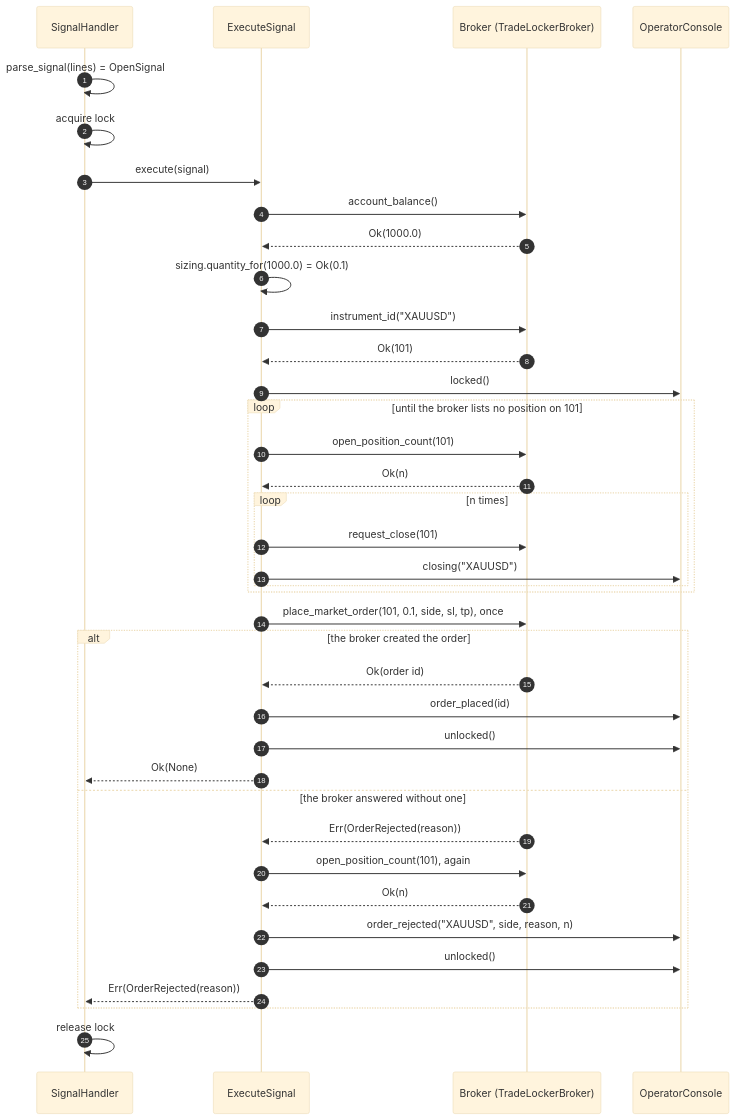
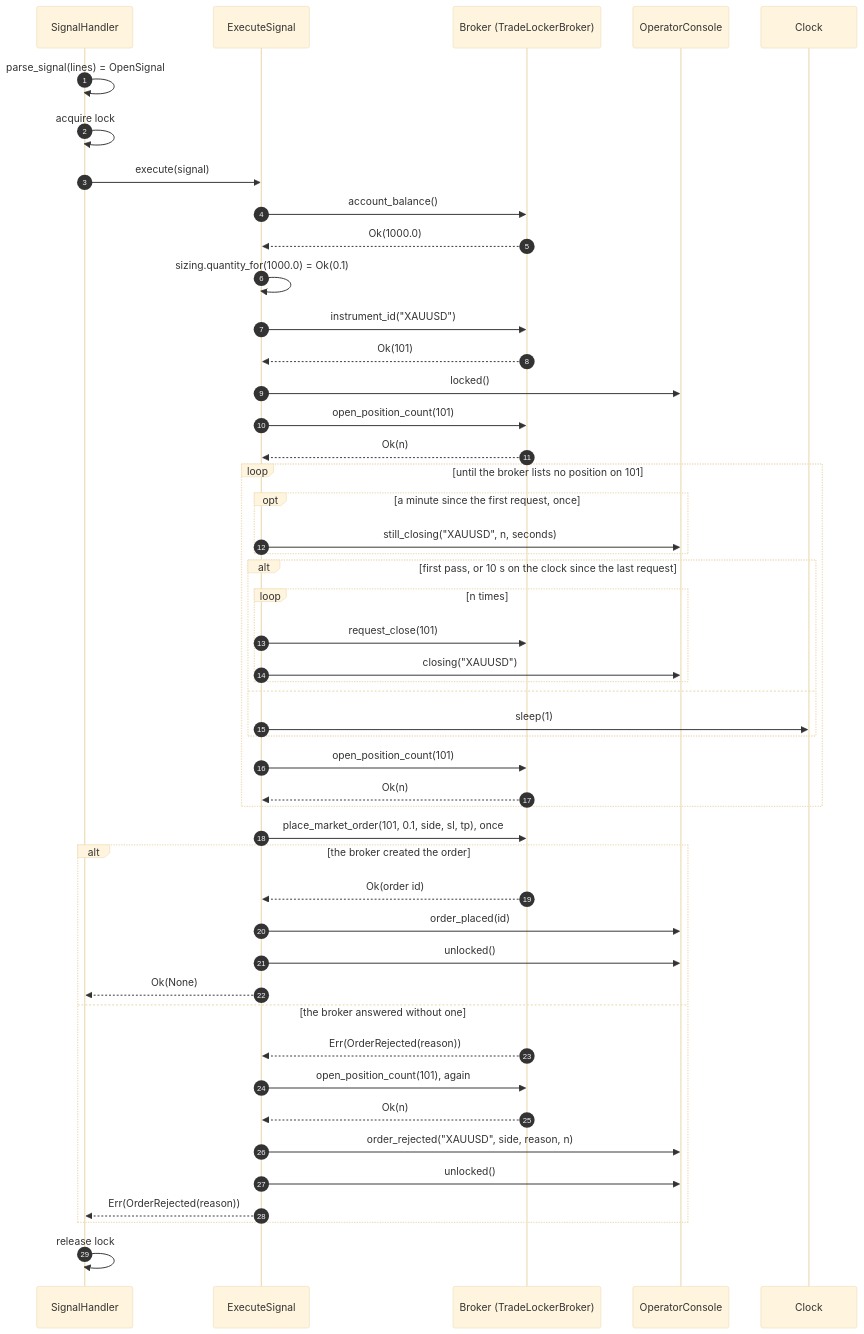
One commit to Akinzou/TradeLockerBot changed the fourth of 6 diagrams in docs/architecture.md. Above: the diagram before and after it, drawn with Mermaid (base theme). The commit also changed other lines of this file and 17 other files, not shown here.

````diff
--- a/docs/architecture.md
+++ b/docs/architecture.md
@@ -163,40 +166,50 @@
 ```mermaid
 sequenceDiagram
     autonumber
     participant H as SignalHandler
     participant UC as ExecuteSignal
     participant B as Broker (TradeLockerBroker)
     participant C as OperatorConsole
+    participant K as Clock
     H->>H: parse_signal(lines) = OpenSignal
     H->>H: acquire lock
     H->>UC: execute(signal)
     UC->>B: account_balance()
     B-->>UC: Ok(1000.0)
     UC->>UC: sizing.quantity_for(1000.0) = Ok(0.1)
     UC->>B: instrument_id("XAUUSD")
     B-->>UC: Ok(101)
     UC->>C: locked()
+    UC->>B: open_position_count(101)
+    B-->>UC: Ok(n)
     loop until the broker lists no position on 101
+        opt a minute since the first request, once
+            UC->>C: still_closing("XAUUSD", n, seconds)
+        end
+        alt first pass, or 10 s on the clock since the last request
+            loop n times
+                UC->>B: request_close(101)
+                UC->>C: closing("XAUUSD")
+            end
+        else
+            UC->>K: sleep(1)
+        end
         UC->>B: open_position_count(101)
         B-->>UC: Ok(n)
-        loop n times
-            UC->>B: request_close(101)
-            UC->>C: closing("XAUUSD")
-        end
     end
     UC->>B: place_market_order(101, 0.1, side, sl, tp), once
     alt the broker created the order
         B-->>UC: Ok(order id)
         UC->>C: order_placed(id)
         UC->>C: unlocked()
         UC-->>H: Ok(None)
     else the broker answered without one
         B-->>UC: Err(OrderRejected(reason))
         UC->>B: open_position_count(101), again
         B-->>UC: Ok(n)
         UC->>C: order_rejected("XAUUSD", side, reason, n)
         UC->>C: unlocked()
         UC-->>H: Err(OrderRejected(reason))
     end
     H->>H: release lock
 ```
````
